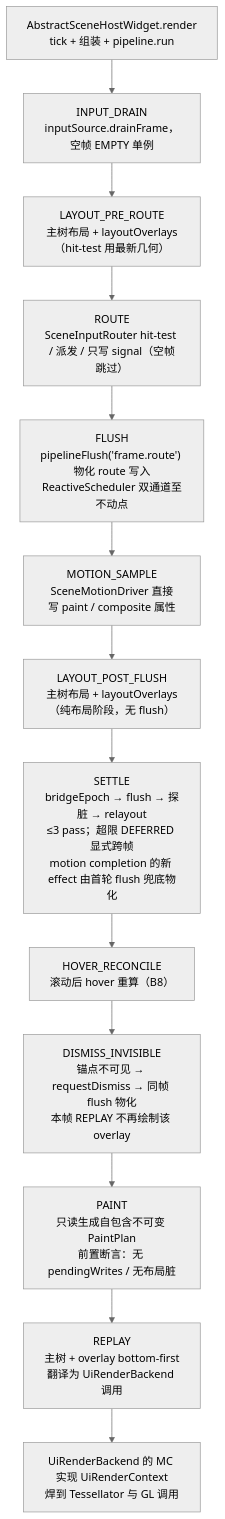
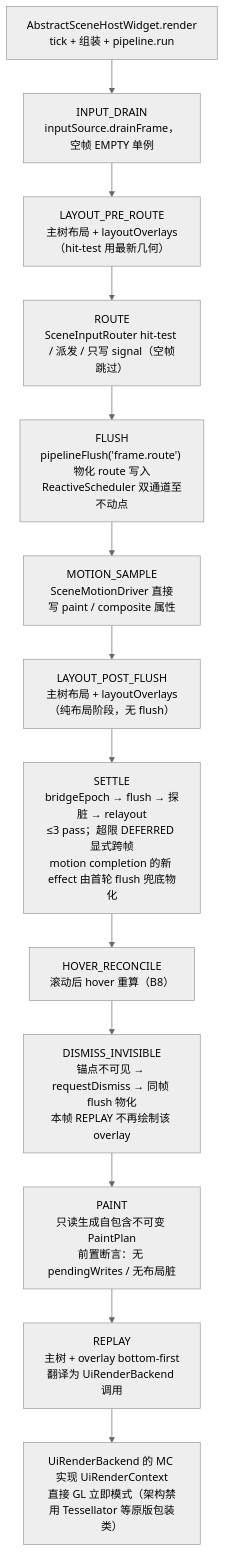
Before and after one commit to QuanhuZeYu/Qz-UILib: the first of 2 diagrams in docs/开发者文档/架构图/01-scene渲染管线.md, drawn with Mermaid (neutral theme). The commit also changed 47 other files, not shown here.

````diff
--- a/docs/开发者文档/架构图/01-scene渲染管线.md
+++ b/docs/开发者文档/架构图/01-scene渲染管线.md
@@ -13,18 +13,18 @@
 ```mermaid
 flowchart TD
   A["AbstractSceneHostWidget.render<br>tick + 组装 + pipeline.run"]
   B["INPUT_DRAIN<br>inputSource.drainFrame，空帧 EMPTY 单例"]
   C["LAYOUT_PRE_ROUTE<br>主树布局 + layoutOverlays（hit-test 用最新几何）"]
   D["ROUTE<br>SceneInputRouter hit-test / 派发 / 只写 signal（空帧跳过）"]
   E["FLUSH<br>pipelineFlush('frame.route') 物化 route 写入<br>ReactiveScheduler 双通道至不动点"]
   F["MOTION_SAMPLE<br>SceneMotionDriver 直接写 paint / composite 属性"]
   G["LAYOUT_POST_FLUSH<br>主树布局 + layoutOverlays（纯布局阶段，无 flush）"]
   H["SETTLE<br>bridgeEpoch → flush → 探脏 → relayout<br>≤3 pass；超限 DEFERRED 显式跨帧<br>motion completion 的新 effect 由首轮 flush 兜底物化"]
   I1["HOVER_RECONCILE<br>滚动后 hover 重算（B8）"]
   I2["DISMISS_INVISIBLE<br>锚点不可见 → requestDismiss → 同帧 flush 物化<br>本帧 REPLAY 不再绘制该 overlay"]
   J["PAINT<br>只读生成自包含不可变 PaintPlan<br>前置断言：无 pendingWrites / 无布局脏"]
   K["REPLAY<br>主树 + overlay bottom-first<br>翻译为 UiRenderBackend 调用"]
-  L["UiRenderBackend 的 MC 实现 UiRenderContext<br>焊到 Tessellator 与 GL 调用"]
+  L["UiRenderBackend 的 MC 实现 UiRenderContext<br>直接 GL 立即模式（架构禁用 Tessellator 等原版包装类）"]
 
   A --> B --> C --> D --> E --> F --> G --> H --> I1 --> I2 --> J --> K --> L
 ```
````
